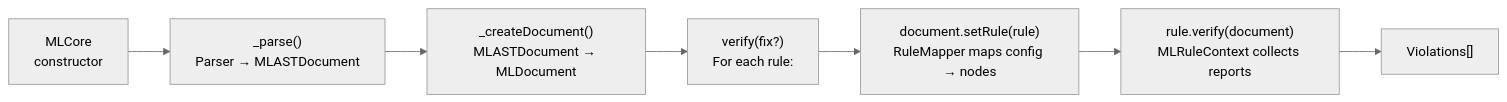
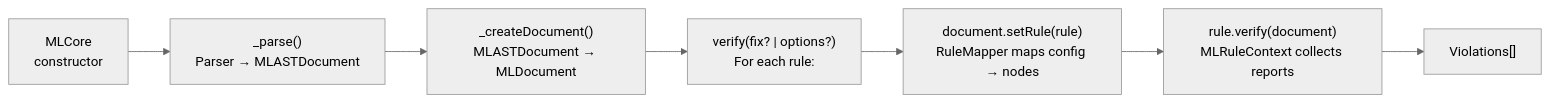
The second of 8 diagrams in packages/@markuplint/ml-core/ARCHITECTURE.md (markuplint/markuplint), drawn with Mermaid (neutral theme) before and after one commit. The commit also changed other lines of this file, not shown here.

First line of the commit message:
docs(ml-core): document cursor offset, FixSummary, and VerifyResult APIs

````diff
--- a/packages/@markuplint/ml-core/ARCHITECTURE.md
+++ b/packages/@markuplint/ml-core/ARCHITECTURE.md
@@ -131,12 +132,12 @@
 ```mermaid
 flowchart LR
     A["MLCore\nconstructor"]
     B["_parse()\nParser → MLASTDocument"]
     C["_createDocument()\nMLASTDocument → MLDocument"]
-    D["verify(fix?)\nFor each rule:"]
+    D["verify(fix? | options?)\nFor each rule:"]
     E["document.setRule(rule)\nRuleMapper maps config → nodes"]
     F["rule.verify(document)\nMLRuleContext collects reports"]
     G["Violations[]"]
 
     A --> B --> C --> D --> E --> F --> G
 ```
````
